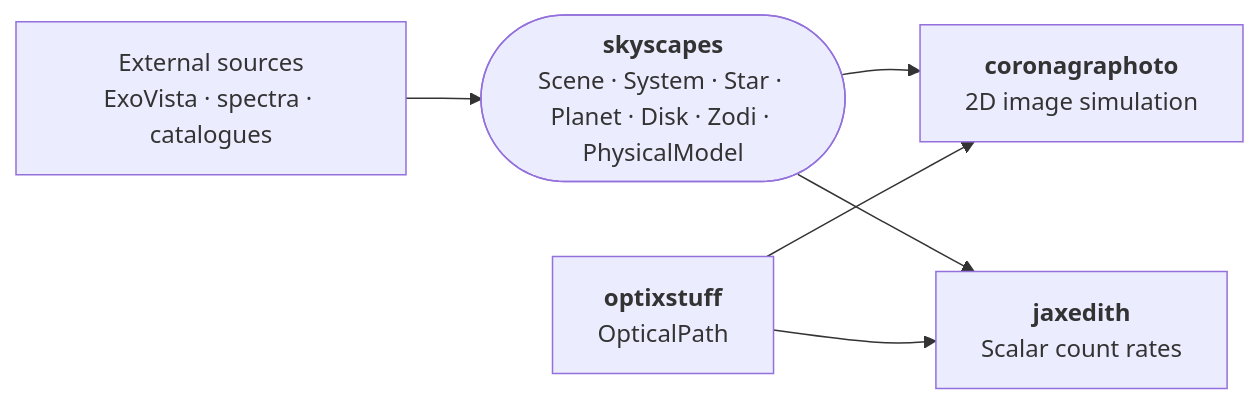
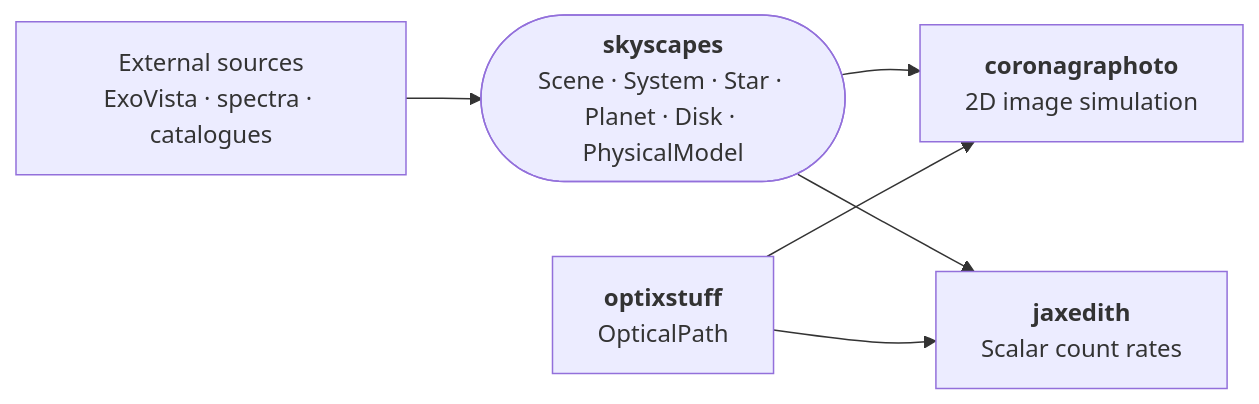
One commit to CoreySpohn/skyscapes changed the diagram in README.md. Above: the diagram before and after it, drawn with Mermaid. The commit also changed other lines of this file and 14 other files, not shown here.

Commit message:
refactor!: local-zodi models come from zodi.jax and skyscapes.background is gone

````diff
--- a/README.md
+++ b/README.md
@@ -64,14 +64,14 @@
 ```mermaid
 flowchart LR
     src["External sources<br/>ExoVista · spectra · catalogues"]
-    sky(["<b>skyscapes</b><br/>Scene · System · Star · Planet · Disk · Zodi · PhysicalModel"])
+    sky(["<b>skyscapes</b><br/>Scene · System · Star · Planet · Disk · PhysicalModel"])
     opt["<b>optixstuff</b><br/>OpticalPath"]
     cor["<b>coronagraphoto</b><br/>2D image simulation"]
     jet["<b>jaxedith</b><br/>Scalar count rates"]
 
     src --> sky
     sky --> cor
     sky --> jet
     opt --> cor
     opt --> jet
 ```
````
